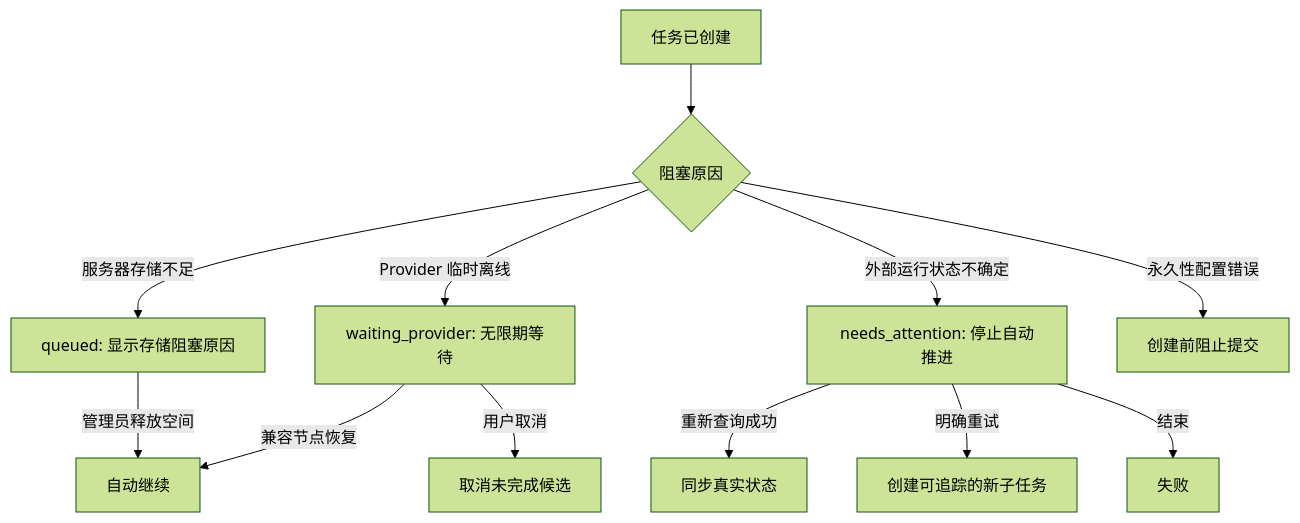
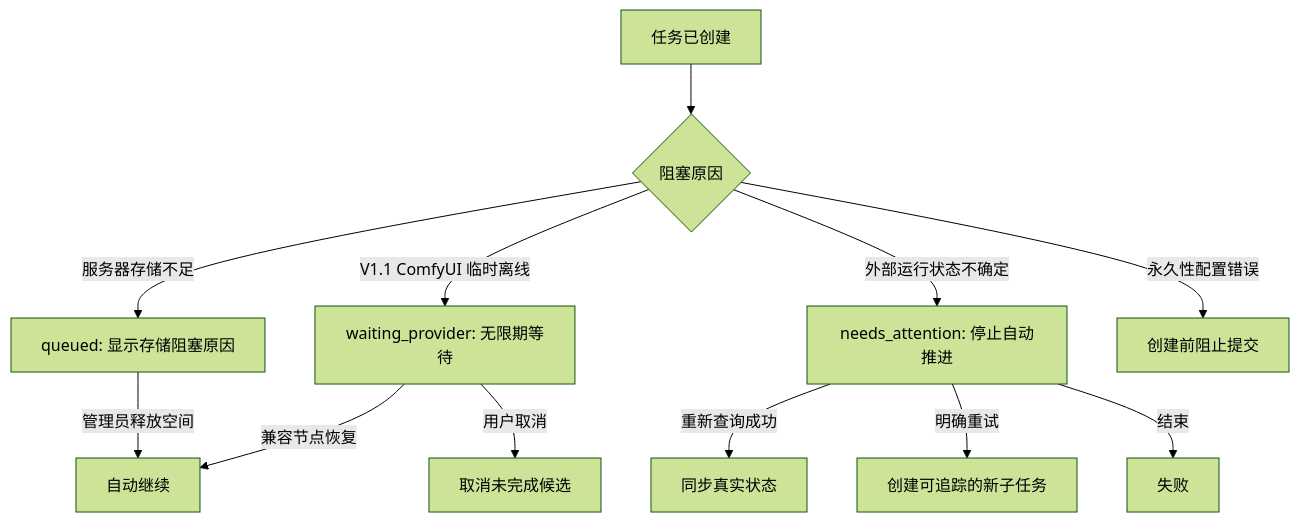
Before and after one commit to xfl187/clothes_model: the fifth of 6 diagrams in docs/product-flow.md, drawn with Mermaid (forest theme). The commit also changed other lines of this file and 27 other files, not shown here.

````diff
--- a/docs/product-flow.md
+++ b/docs/product-flow.md
@@ -151,17 +151,17 @@
 ```mermaid
 flowchart TD
     A[任务已创建] --> B{阻塞原因}
-    B -->|Provider 临时离线| C[waiting_provider: 无限期等待]
+    B -->|V1.1 ComfyUI 临时离线| C[waiting_provider: 无限期等待]
     C -->|兼容节点恢复| D[自动继续]
     C -->|用户取消| E[取消未完成候选]
 
     B -->|服务器存储不足| F[queued: 显示存储阻塞原因]
     F -->|管理员释放空间| D
 
     B -->|外部运行状态不确定| G[needs_attention: 停止自动推进]
     G -->|重新查询成功| H[同步真实状态]
     G -->|明确重试| I[创建可追踪的新子任务]
     G -->|结束| J[失败]
 
     B -->|永久性配置错误| K[创建前阻止提交]
 ```
````
